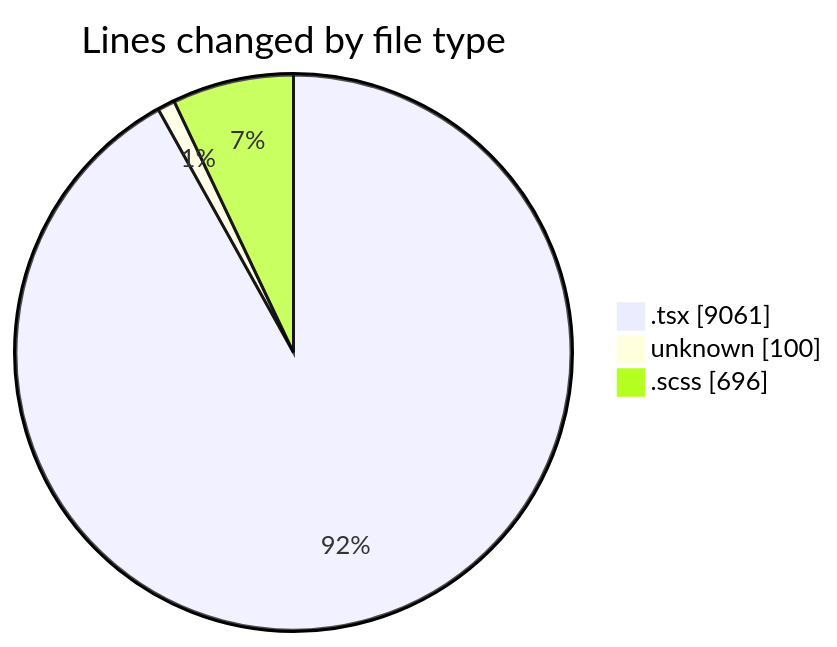
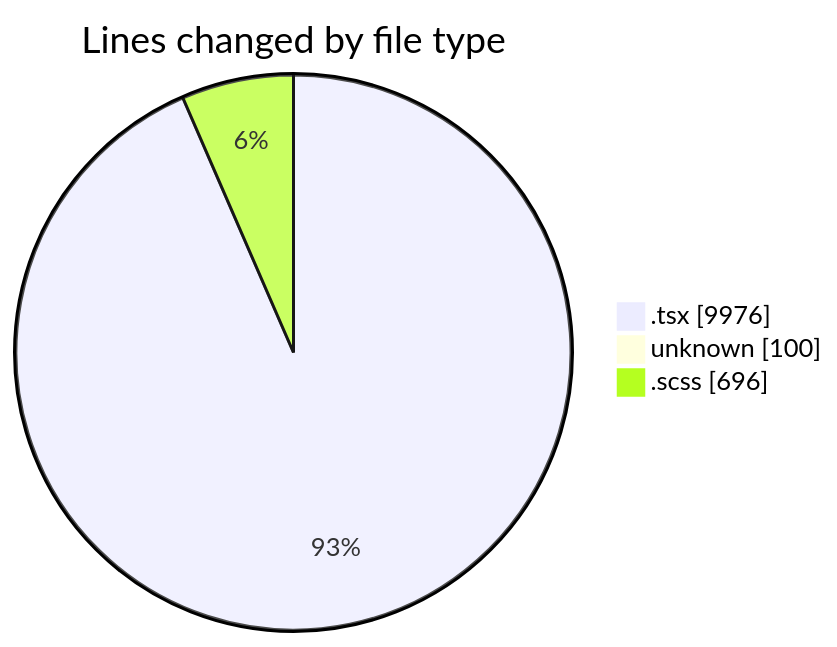
The first of 2 diagrams in 2025-12-05/cda/README.md (momahboobian/code-tracking), drawn with Mermaid before and after one commit. The commit also changed other lines of this file and 1 other file, not shown here.

````diff
--- a/2025-12-05/cda/README.md
+++ b/2025-12-05/cda/README.md
@@ -37,7 +37,7 @@
 ```mermaid
 pie showData
 title Lines changed by file type
-".tsx" : 9061
+".tsx" : 9976
 "unknown" : 100
 ".scss" : 696
 ```
````
